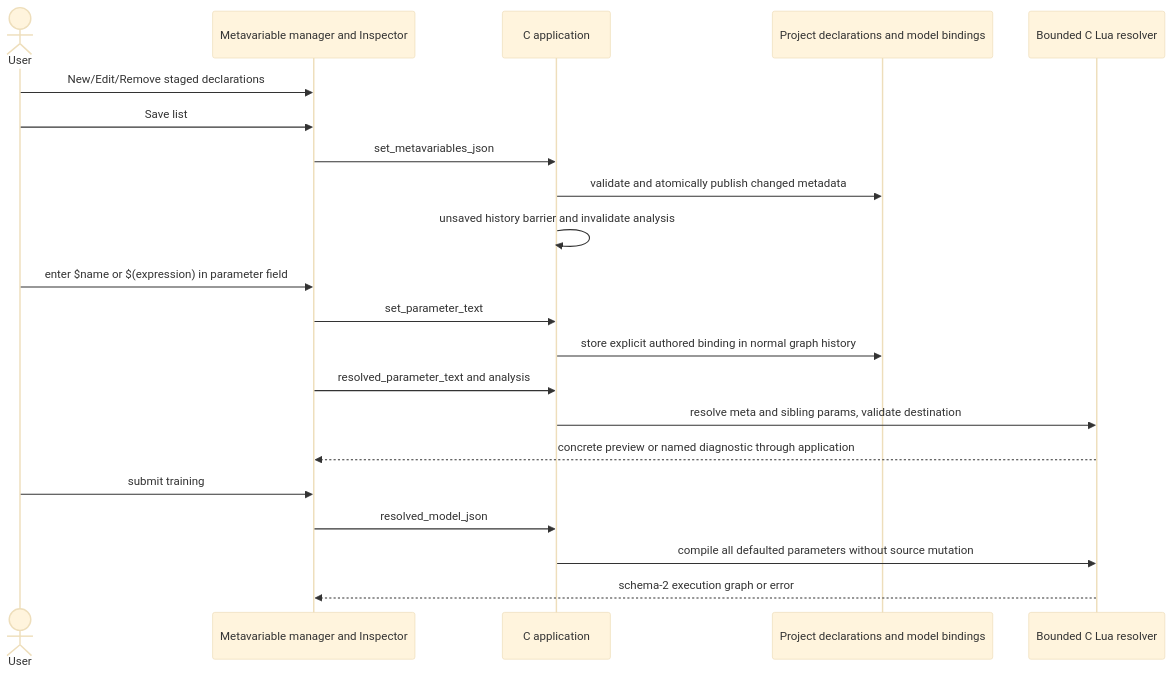
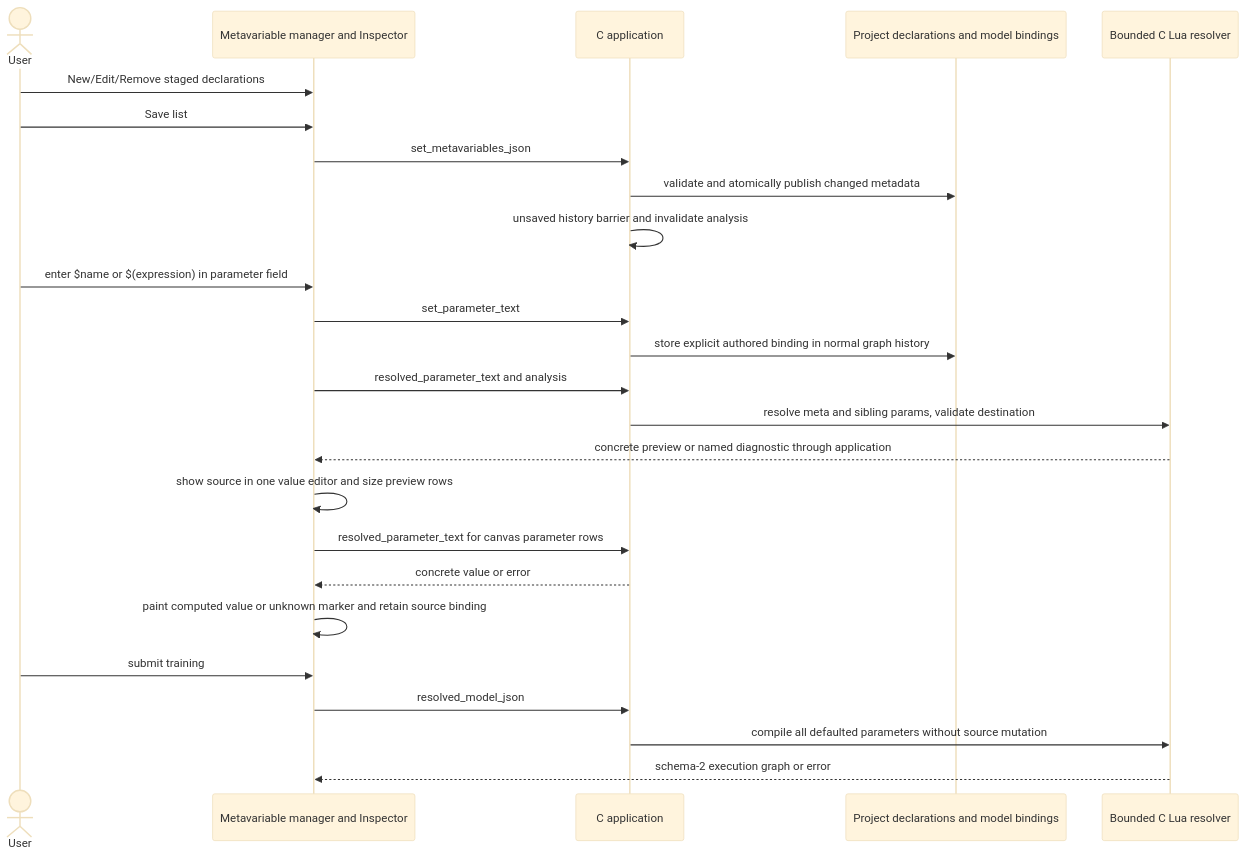
One commit to LucaSforza/nnmodelling-ui changed the first of 8 diagrams in docs/knowledge/uml/sequences/project-editor.md. Above: the diagram before and after it, drawn with Mermaid (base theme). The commit also changed 2 other files, not shown here.

Commit message:
docs: define direct parameter editing and resolved canvas values

````diff
--- a/docs/knowledge/uml/sequences/project-editor.md
+++ b/docs/knowledge/uml/sequences/project-editor.md
@@ -5,23 +5,27 @@
 ```mermaid
   sequenceDiagram
     actor User
     participant Qt as Metavariable manager and Inspector
     participant App as C application
     participant Project as Project declarations and model bindings
     participant Resolve as Bounded C Lua resolver
     User->>Qt: New/Edit/Remove staged declarations
     User->>Qt: Save list
     Qt->>App: set_metavariables_json
     App->>Project: validate and atomically publish changed metadata
     App->>App: unsaved history barrier and invalidate analysis
     User->>Qt: enter $name or $(expression) in parameter field
     Qt->>App: set_parameter_text
     App->>Project: store explicit authored binding in normal graph history
     Qt->>App: resolved_parameter_text and analysis
     App->>Resolve: resolve meta and sibling params, validate destination
     Resolve-->>Qt: concrete preview or named diagnostic through application
+    Qt->>Qt: show source in one value editor and size preview rows
+    Qt->>App: resolved_parameter_text for canvas parameter rows
+    App-->>Qt: concrete value or error
+    Qt->>Qt: paint computed value or unknown marker and retain source binding
     User->>Qt: submit training
     Qt->>App: resolved_model_json
     App->>Resolve: compile all defaulted parameters without source mutation
     Resolve-->>Qt: schema-2 execution graph or error
 ```
````
